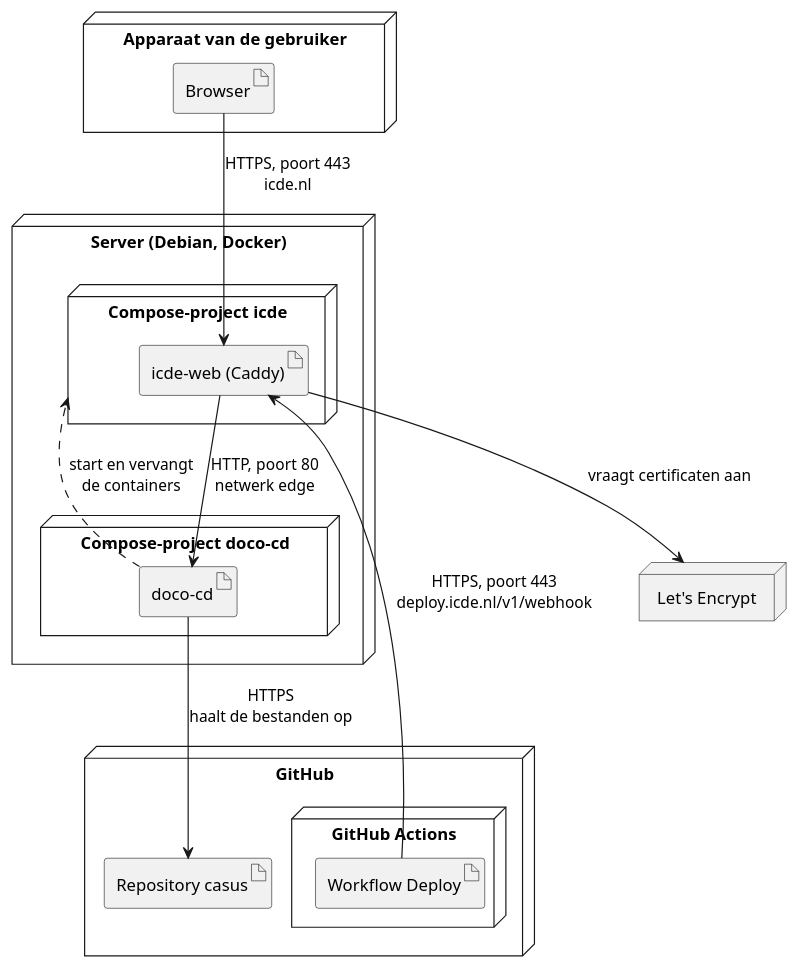
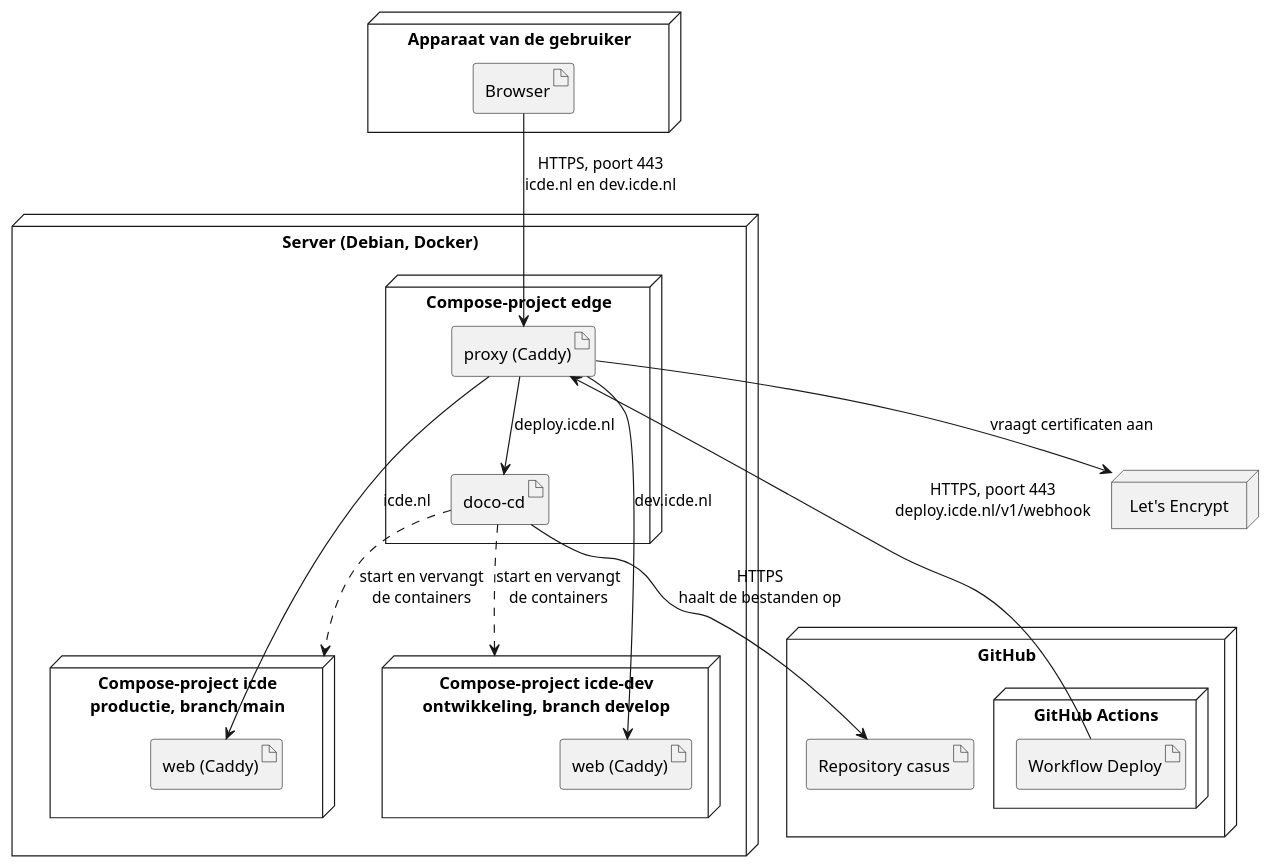
The diagram in docs/diagrams/uitrol-deployment.puml (HAN-Craftsmanship-KL-JJG/casus), drawn with PlantUML before and after one commit. The commit also changed 6 other files, not shown here.

```diff
--- a/docs/diagrams/uitrol-deployment.puml
+++ b/docs/diagrams/uitrol-deployment.puml
@@ -1,36 +1,43 @@
 @startuml uitrol-deployment
 ' Deployment diagram van het prototype: waar elk onderdeel draait. Toelichting: docs/uitrol.md
-' doco-cd publiceert zelf geen poort: Caddy geeft alleen het pad van de webhook door.
+' Alleen de proxy heeft open poorten. Productie en ontwikkeling zijn elk een eigen Compose-project.
 skinparam style strictuml
 skinparam shadowing false
 skinparam defaultFontName Helvetica
 
 node "Apparaat van de gebruiker" as client {
   artifact Browser
 }
 
 node GitHub as github {
   artifact "Repository casus" as repo
   node "GitHub Actions" as actions {
     artifact "Workflow Deploy" as workflow
   }
 }
 
 node "Server (Debian, Docker)" as server {
-  node "Compose-project icde" as icde {
-    artifact "icde-web (Caddy)" as caddy
+  node "Compose-project edge" as edge {
+    artifact "proxy (Caddy)" as proxy
+    artifact "doco-cd" as dococd
   }
-  node "Compose-project doco-cd" as cd {
-    artifact "doco-cd" as dococd
+  node "Compose-project icde\nproductie, branch main" as icde {
+    artifact "web (Caddy)" as web
+  }
+  node "Compose-project icde-dev\nontwikkeling, branch develop" as icdedev {
+    artifact "web (Caddy)" as webdev
   }
 }
 
 node "Let's Encrypt" as le
 
-Browser --> caddy : HTTPS, poort 443\nicde.nl
-workflow --> caddy : HTTPS, poort 443\ndeploy.icde.nl/v1/webhook
-caddy --> dococd : HTTP, poort 80\nnetwerk edge
+Browser --> proxy : HTTPS, poort 443\nicde.nl en dev.icde.nl
+workflow --> proxy : HTTPS, poort 443\ndeploy.icde.nl/v1/webhook
+proxy --> web : icde.nl
+proxy --> webdev : dev.icde.nl
+proxy --> dococd : deploy.icde.nl
 dococd --> repo : HTTPS\nhaalt de bestanden op
 dococd ..> icde : start en vervangt\nde containers
-caddy --> le : vraagt certificaten aan
+dococd ..> icdedev : start en vervangt\nde containers
+proxy --> le : vraagt certificaten aan
 @enduml
```
